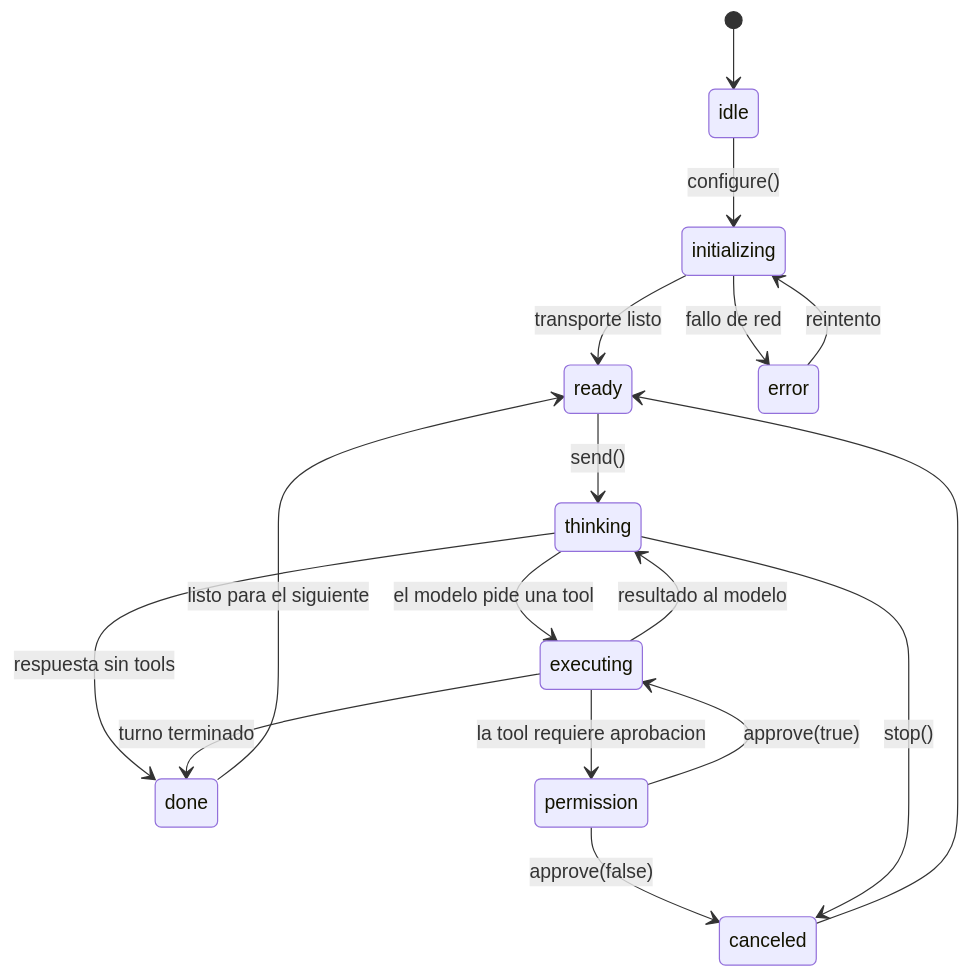
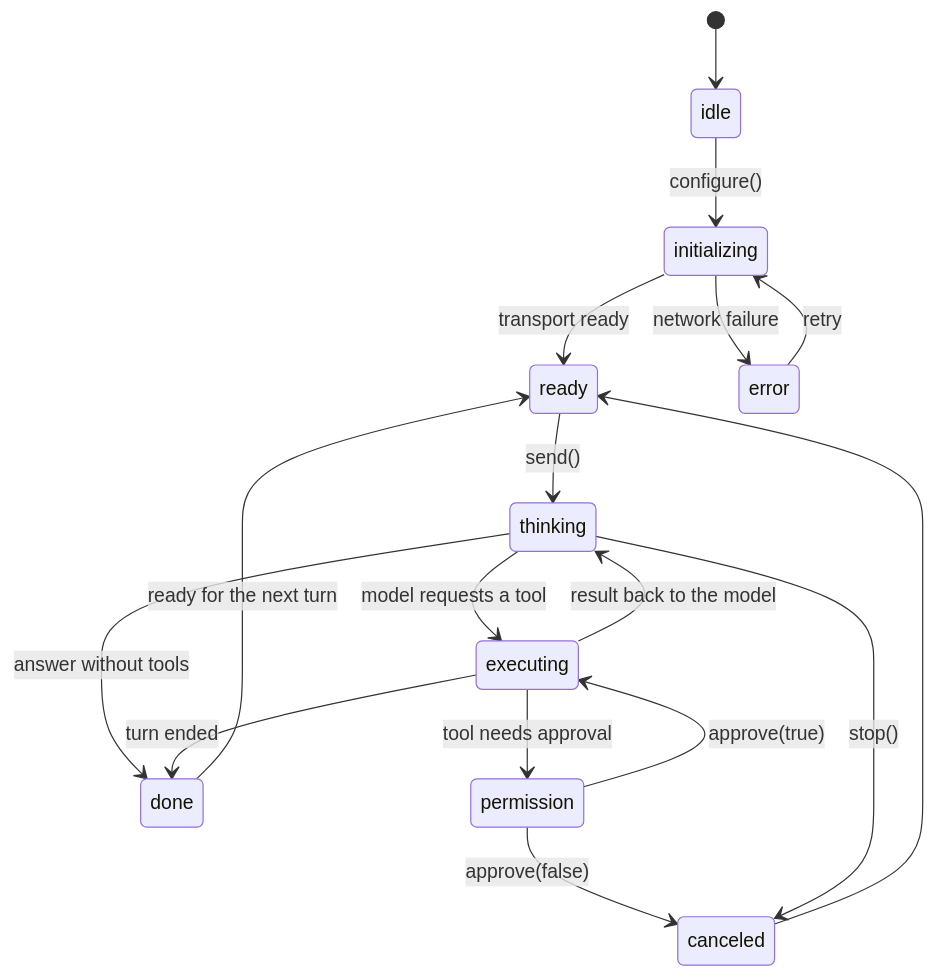
One commit to JhonaCodes/asystant-ai changed the second of 2 diagrams in packages/asystant_ai/doc/architecture.md. Above: the diagram before and after it, drawn with Mermaid. The commit also changed other lines of this file and 1 other file, not shown here.

First line of the commit message:
docs: English diagram labels; document the view model split

````diff
--- a/packages/asystant_ai/doc/architecture.md
+++ b/packages/asystant_ai/doc/architecture.md
@@ -25,19 +26,19 @@
 ```mermaid
 stateDiagram-v2
   [*] --> idle
   idle --> initializing: configure()
-  initializing --> ready: transporte listo
-  initializing --> error: fallo de red
-  error --> initializing: reintento
+  initializing --> ready: transport ready
+  initializing --> error: network failure
+  error --> initializing: retry
   ready --> thinking: send()
-  thinking --> executing: el modelo pide una tool
-  thinking --> done: respuesta sin tools
-  executing --> permission: la tool requiere aprobacion
+  thinking --> executing: model requests a tool
+  thinking --> done: answer without tools
+  executing --> permission: tool needs approval
   permission --> executing: approve(true)
   permission --> canceled: approve(false)
-  executing --> thinking: resultado al modelo
-  executing --> done: turno terminado
-  done --> ready: listo para el siguiente
+  executing --> thinking: result back to the model
+  executing --> done: turn ended
+  done --> ready: ready for the next turn
   thinking --> canceled: stop()
   canceled --> ready
 ```
````
